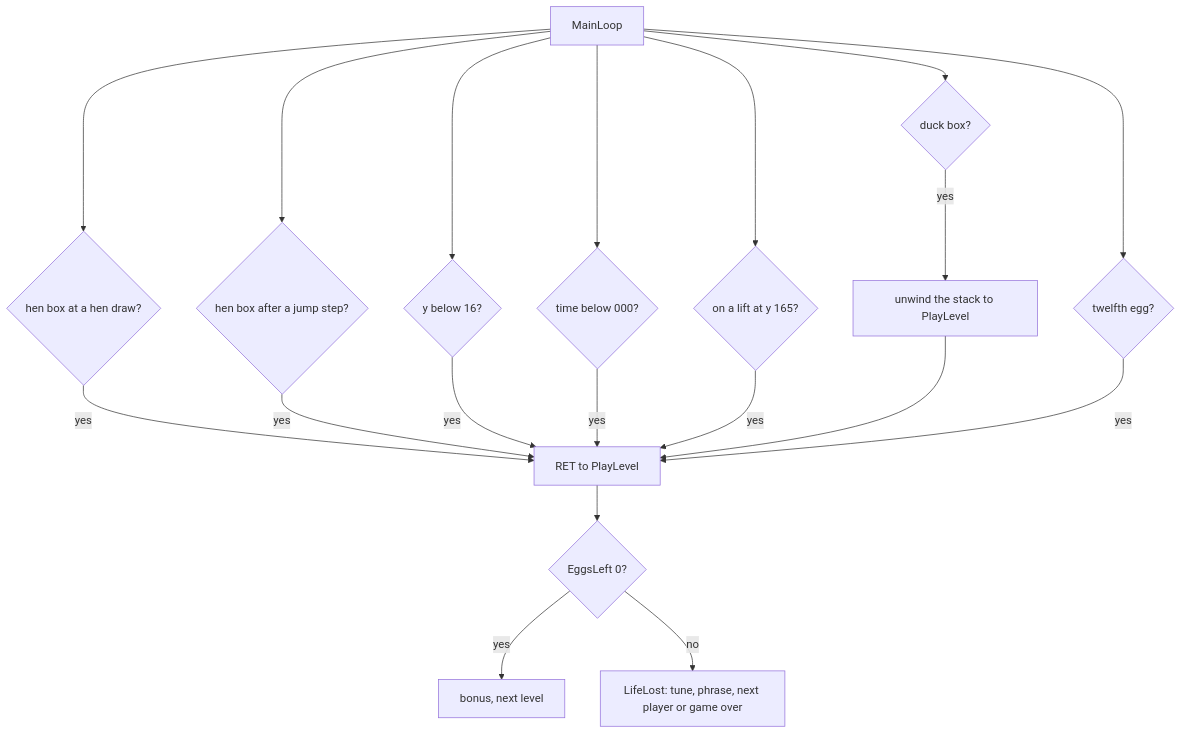
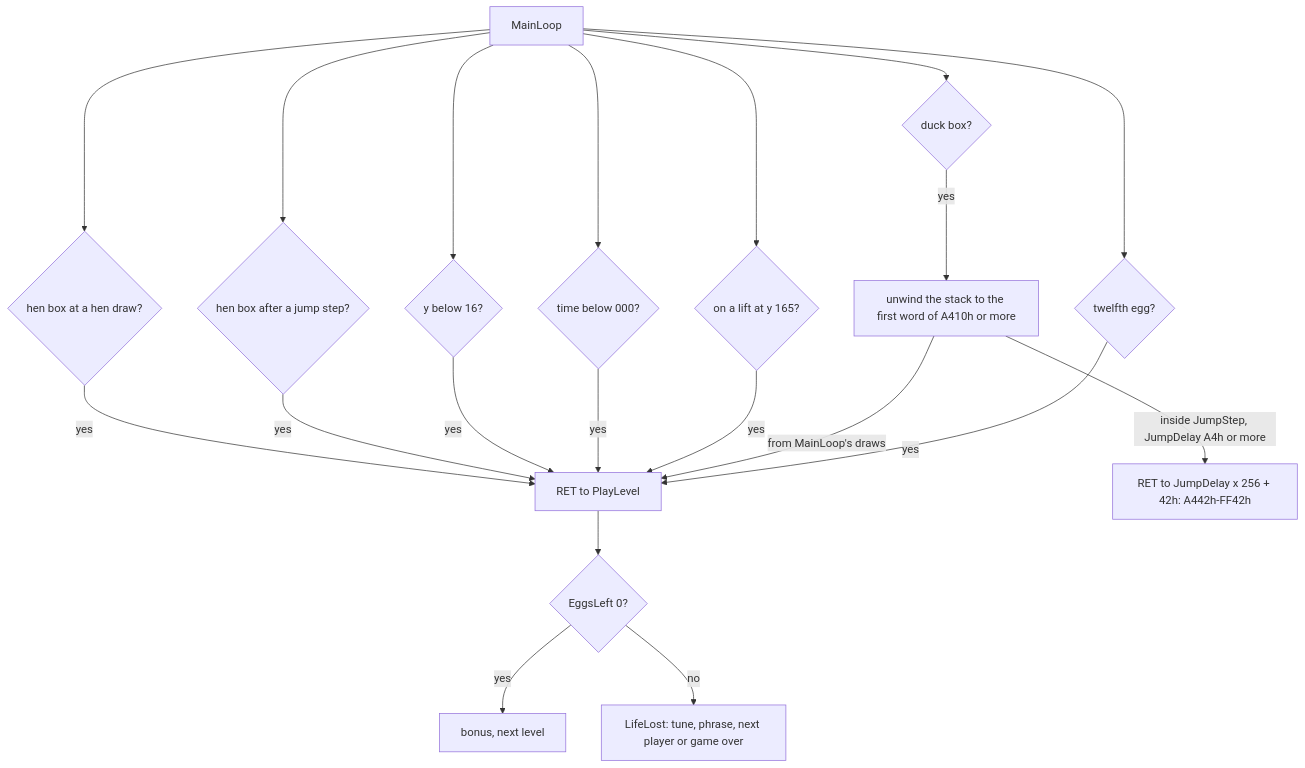
One commit to alfishe/unrealng-reverse-cases changed the ninth of 10 diagrams in games/chuckie-egg/docs/10-gameplay-logic.md. Above: the diagram before and after it, drawn with Mermaid. The commit also changed other lines of this file and 49 other files, not shown here.

````diff
--- a/games/chuckie-egg/docs/10-gameplay-logic.md
+++ b/games/chuckie-egg/docs/10-gameplay-logic.md
@@ -940,21 +1213,22 @@
 ```mermaid
 flowchart TD
     A[MainLoop] --> H{hen box at a hen draw?}
     H -- yes --> X[RET to PlayLevel]
     A --> J{hen box after a jump step?}
     J -- yes --> X
     A --> F{y below 16?}
     F -- yes --> X
     A --> T{time below 000?}
     T -- yes --> X
     A --> L{on a lift at y 165?}
     L -- yes --> X
     A --> D{duck box?}
-    D -- yes --> U[unwind the stack to PlayLevel]
-    U --> X
+    D -- yes --> U[unwind the stack to the first word of A410h or more]
+    U -- from MainLoop's draws --> X
+    U -- inside JumpStep, JumpDelay A4h or more --> W[RET to JumpDelay x 256 + 42h: A442h-FF42h]
     A --> E{twelfth egg?}
     E -- yes --> X
     X --> P{EggsLeft 0?}
     P -- yes --> N[bonus, next level]
     P -- no --> LL[LifeLost: tune, phrase, next player or game over]
 ```
````
